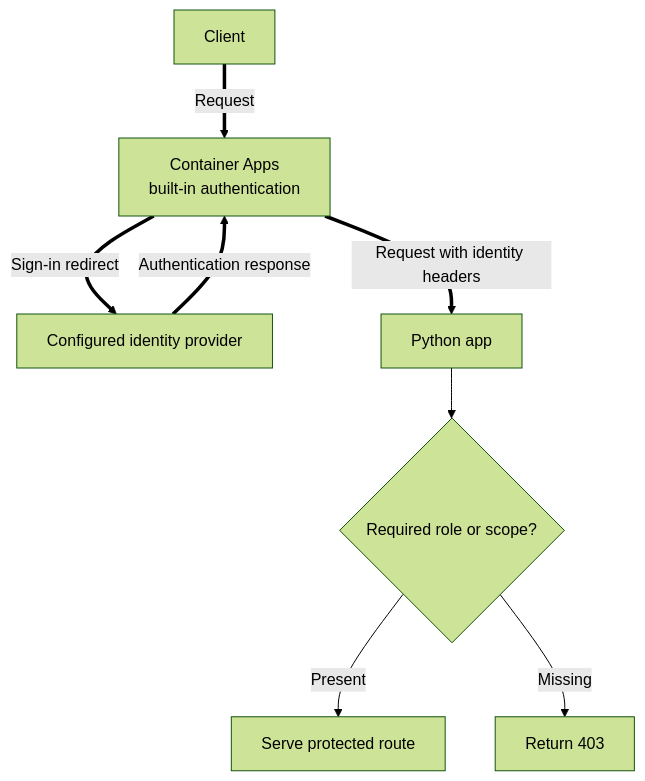
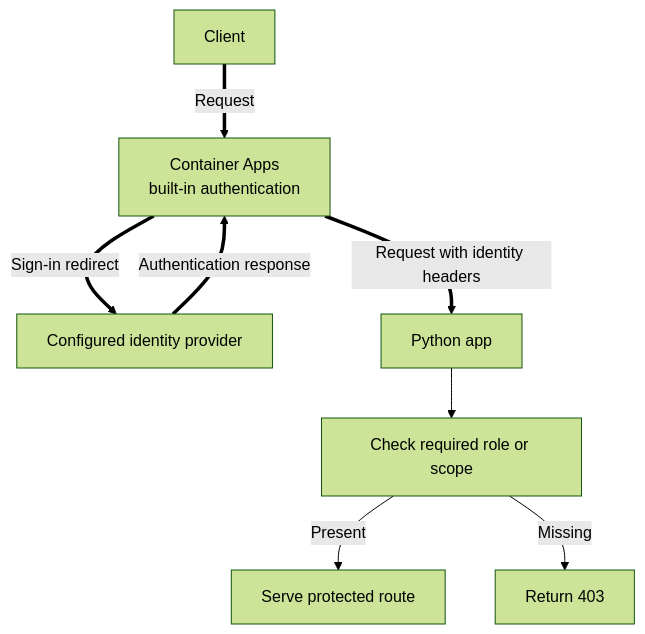
One commit to yeongseon/azure-container-apps-practical-guide changed the diagram in docs/language-guides/python/recipes/easy-auth.md. Above: the diagram before and after it, drawn with Mermaid (forest theme). The commit also changed other lines of this file and 16 other files, not shown here.

Commit message:
fix(docs): address Python recipe diagram review

````diff
--- a/docs/language-guides/python/recipes/easy-auth.md
+++ b/docs/language-guides/python/recipes/easy-auth.md
@@ -16,21 +16,21 @@
 ```mermaid
 flowchart TD
     accTitle: Authenticate users before requests reach Flask
     accDescr: Built-in authentication intercepts the request outside the application code. It redirects unauthenticated users to the configured identity provider, validates the returned identity, and forwards authenticated requests with identity headers for app-level authorization.
 
     CLIENT[Client]
     AUTH[Container Apps<br/>built-in authentication]
     IDP[Configured identity provider]
     APP[Python app]
-    AUTHORIZE{Required role or scope?}
+    AUTHORIZE[Check required role or scope]
     ALLOW[Serve protected route]
     DENY[Return 403]
 
     CLIENT ==>|Request| AUTH
     AUTH ==>|Sign-in redirect| IDP
     IDP ==>|Authentication response| AUTH
     AUTH ==>|Request with identity headers| APP
     APP --> AUTHORIZE
     AUTHORIZE -->|Present| ALLOW
     AUTHORIZE -->|Missing| DENY
 ```
````
